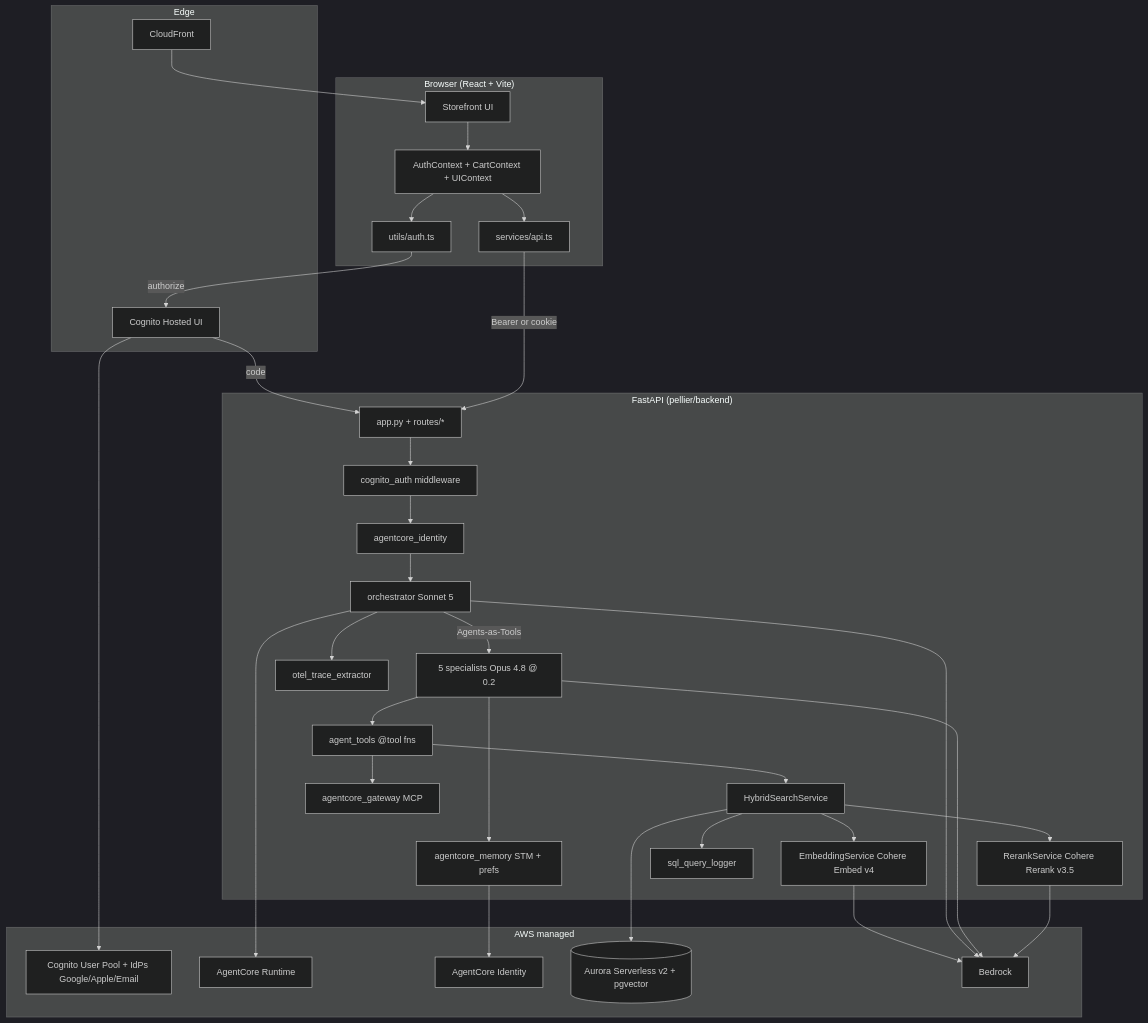
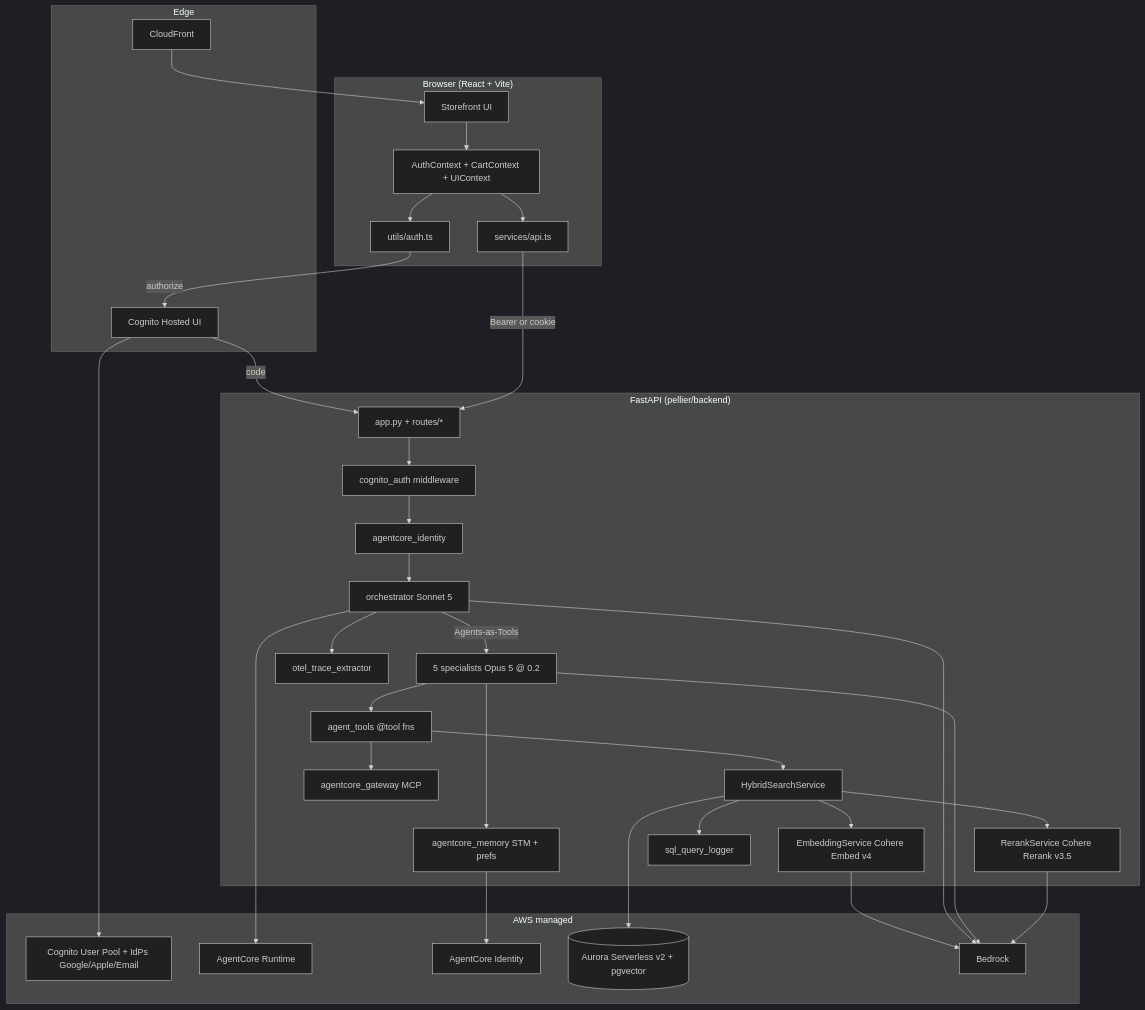
The first of 5 diagrams in .kiro/specs/pellier-storefront/design.md (aws-samples/sample-dat406-build-agentic-ai-powered-search-apg), drawn with Mermaid (dark theme) before and after one commit. The commit also changed other lines of this file and 65 other files, not shown here.

````diff
--- a/.kiro/specs/pellier-storefront/design.md
+++ b/.kiro/specs/pellier-storefront/design.md
@@ -32,66 +32,66 @@
 ```mermaid
 graph TB
   subgraph Browser["Browser (React + Vite)"]
     UI[Storefront UI]
     Ctx[AuthContext + CartContext + UIContext]
     API[services/api.ts]
     Auth[utils/auth.ts]
   end
 
   subgraph Edge["Edge"]
     CFN[CloudFront]
     CUI[Cognito Hosted UI]
   end
 
   subgraph Backend["FastAPI (pellier/backend)"]
     APP[app.py + routes/*]
     MW[cognito_auth middleware]
     ACID[agentcore_identity]
     ORCH[orchestrator Sonnet 5]
-    SPEC[5 specialists Opus 4.8 @ 0.2]
+    SPEC[5 specialists Opus 5 @ 0.2]
     TOOLS[agent_tools @tool fns]
     HS[HybridSearchService]
     EMB[EmbeddingService Cohere Embed v4]
     RR[RerankService Cohere Rerank v3.5]
     MEM[agentcore_memory STM + prefs]
     GW[agentcore_gateway MCP]
     OTEL[otel_trace_extractor]
     SQL[sql_query_logger]
   end
 
   subgraph AWS["AWS managed"]
     COG[Cognito User Pool + IdPs Google/Apple/Email]
     RT[AgentCore Runtime]
     IDS[AgentCore Identity]
     AURORA[(Aurora Serverless v2 + pgvector)]
     BR[Bedrock]
   end
 
   UI --> Ctx
   Ctx --> API
   Ctx --> Auth
   Auth -->|authorize| CUI
   CUI --> COG
   CUI -->|code| APP
   CFN --> UI
 
   API -->|Bearer or cookie| APP
   APP --> MW --> ACID
   ACID --> ORCH
   ORCH -->|Agents-as-Tools| SPEC
   SPEC --> TOOLS
   TOOLS --> HS
   HS --> EMB
   HS --> RR
   HS --> AURORA
   SPEC --> MEM
   ORCH --> RT
   TOOLS --> GW
   ORCH --> OTEL
   HS --> SQL
   MEM --> IDS
   EMB --> BR
   ORCH --> BR
   SPEC --> BR
   RR --> BR
 ```
````
